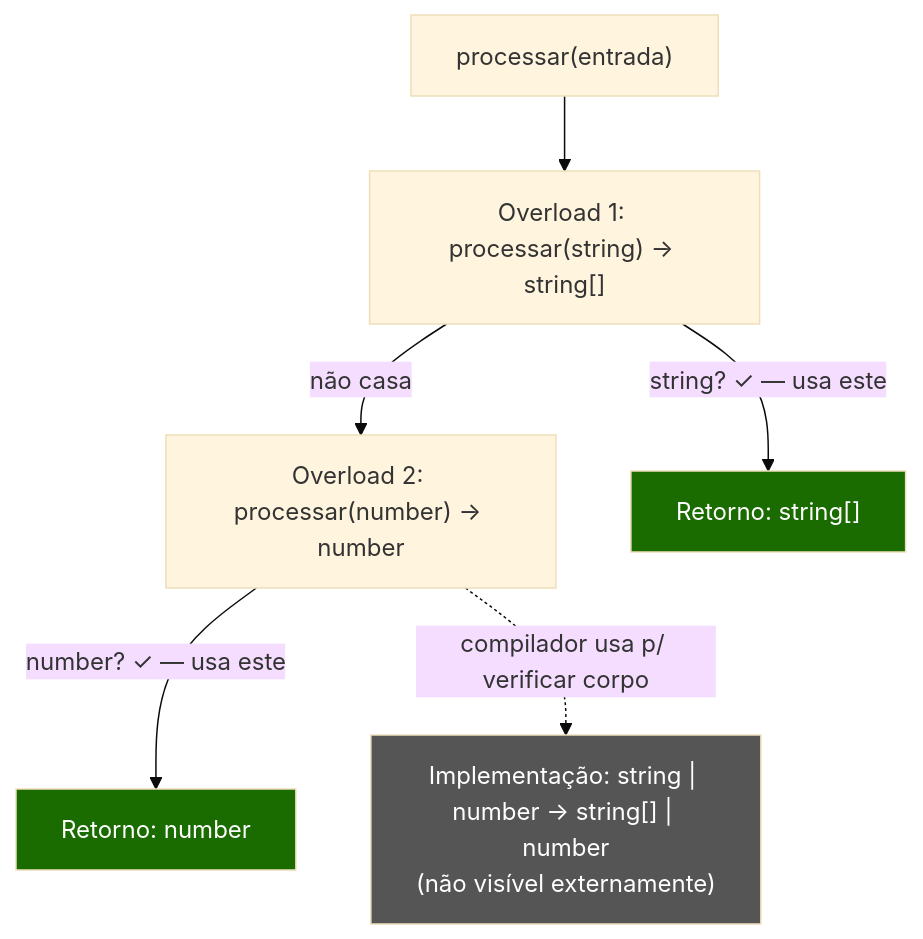
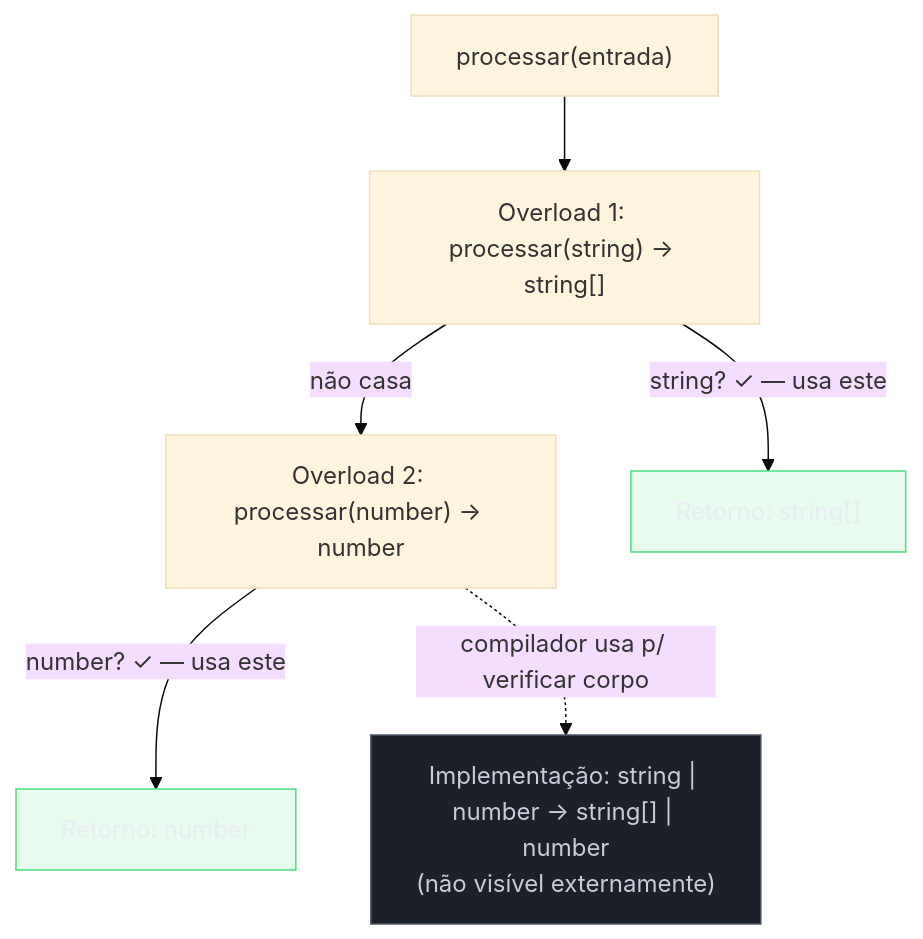
Before and after one commit to josenaldo/codex-technomanticus: the third of 4 diagrams in 03-Dominios/Tecnologia/TypeScript/10 - Tipando funções - assinaturas, overloads, contextual typing.md, drawn with Mermaid (base theme). The commit also changed other lines of this file and 1181 other files, not shown here.

First line of the commit message:
fix(diagramas): paleta do sistema no lugar de cor cravada no markdown

````diff
--- a/03-Dominios/Tecnologia/TypeScript/10 - Tipando funções - assinaturas, overloads, contextual typing.md
+++ b/03-Dominios/Tecnologia/TypeScript/10 - Tipando funções - assinaturas, overloads, contextual typing.md
@@ -324,17 +327,19 @@
 ```mermaid
 flowchart TD
+    classDef ok fill:#4ADE8021,stroke:#4ADE80,color:#E9ECF2
+    classDef neutro fill:#1B2029,stroke:#4E5666,color:#C6CCD8
     CALL["processar(entrada)"]
     O1["Overload 1: processar(string) → string[]"]
     O2["Overload 2: processar(number) → number"]
     IMPL["Implementação: string | number → string[] | number\n(não visível externamente)"]
 
     CALL --> O1
     O1 -->|"string? ✓ — usa este"| RET1["Retorno: string[]"]
     O1 -->|"não casa"| O2
     O2 -->|"number? ✓ — usa este"| RET2["Retorno: number"]
     O2 -.->|"compilador usa p/ verificar corpo"| IMPL
 
-    style RET1 fill:#1a6b00,color:#fff
-    style RET2 fill:#1a6b00,color:#fff
-    style IMPL fill:#555,color:#fff
+    class RET1 ok
+    class RET2 ok
+    class IMPL neutro
 ```
````
